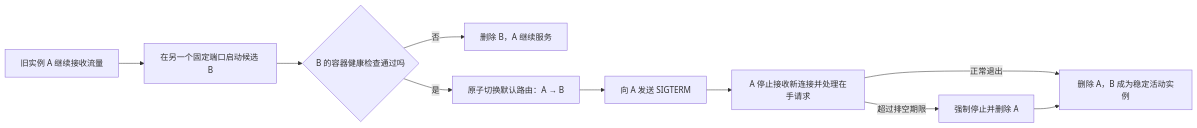
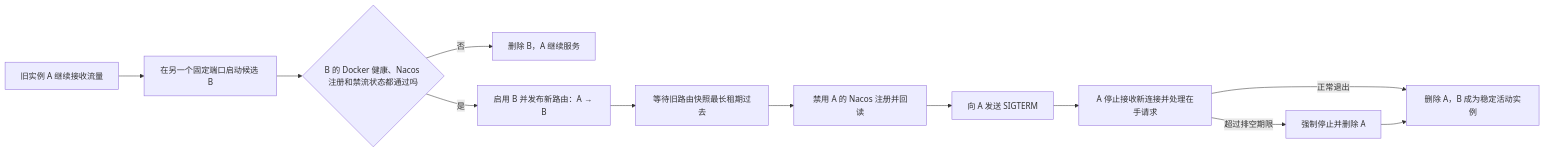
One commit to willLeek2/alphafrog-micro changed the diagram in deploy/beta/contract-0-3-manifest-global-state.md. Above: the diagram before and after it, drawn with Mermaid. The commit also changed other lines of this file and 3 other files, not shown here.

````diff
--- a/deploy/beta/contract-0-3-manifest-global-state.md
+++ b/deploy/beta/contract-0-3-manifest-global-state.md
@@ -16,12 +17,14 @@
 ```mermaid
 flowchart LR
     A[旧实例 A 继续接收流量] --> B[在另一个固定端口启动候选 B]
-    B --> C{B 的容器健康检查通过吗}
+    B --> C{B 的 Docker 健康、Nacos 注册和禁流状态都通过吗}
     C -->|否| D[删除 B，A 继续服务]
-    C -->|是| E[原子切换默认路由：A → B]
-    E --> F[向 A 发送 SIGTERM]
+    C -->|是| E[启用 B 并发布新路由：A → B]
+    E --> L[等待旧路由快照最长租期过去]
+    L --> X[禁用 A 的 Nacos 注册并回读]
+    X --> F[向 A 发送 SIGTERM]
     F --> G[A 停止接收新连接并处理在手请求]
     G -->|正常退出| H[删除 A，B 成为稳定活动实例]
     G -->|超过排空期限| I[强制停止并删除 A]
     I --> H
 ```
````
